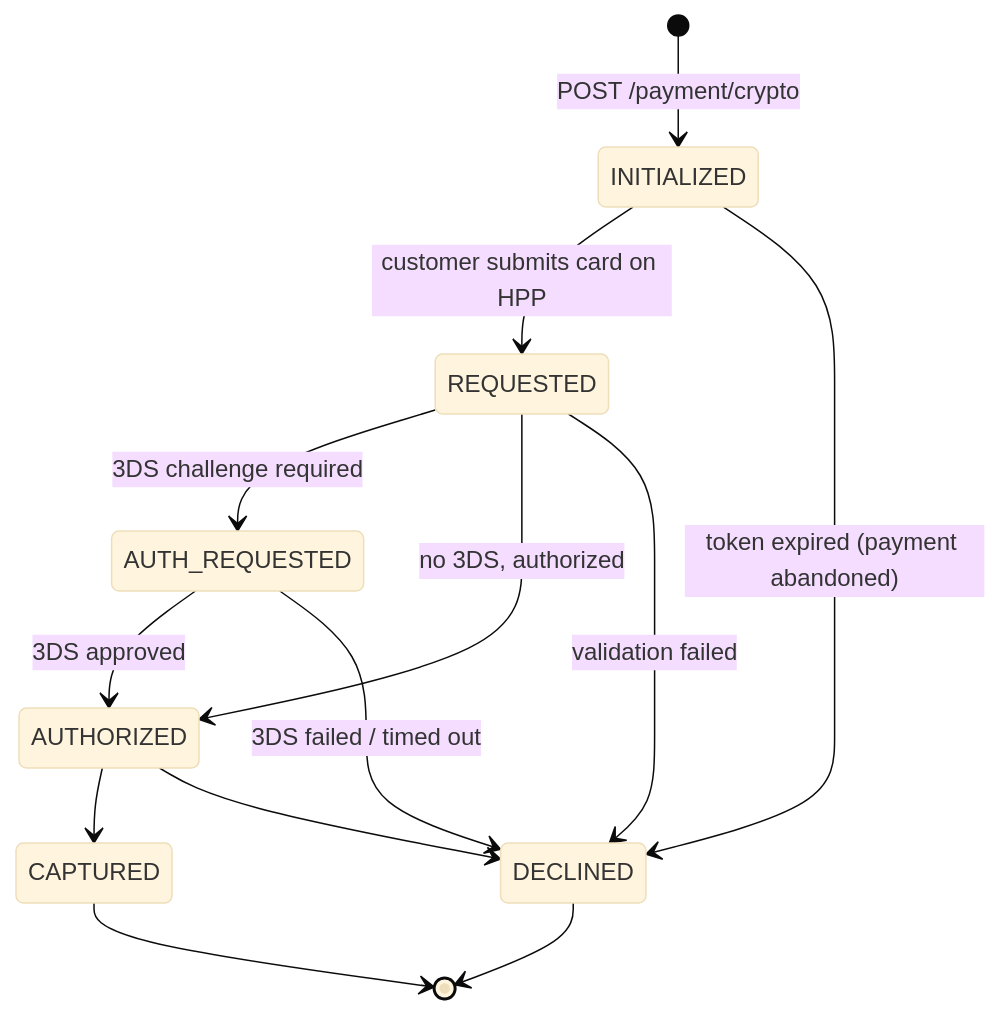
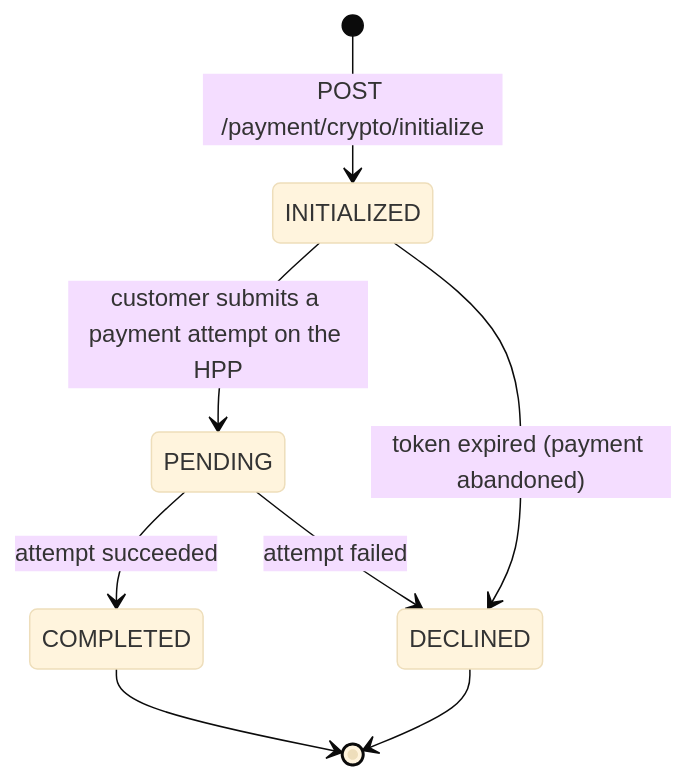
One commit to KumaaGroup/platform-merchant-api changed the second of 2 diagrams in docs/crypto-payments.md. Above: the diagram before and after it, drawn with Mermaid (base theme). The commit also changed other lines of this file and 9 other files, not shown here.

First line of the commit message:
Update docs for the initialize payment flow and deprecations (#13)

````diff
--- a/docs/crypto-payments.md
+++ b/docs/crypto-payments.md
@@ -151,15 +162,10 @@
 ```mermaid
 stateDiagram-v2
-    [*] --> INITIALIZED: POST /payment/crypto
-    INITIALIZED --> REQUESTED: customer submits card on HPP
+    [*] --> INITIALIZED: POST /payment/crypto/initialize
+    INITIALIZED --> PENDING: customer submits a payment attempt on the HPP
     INITIALIZED --> DECLINED: token expired (payment abandoned)
-    REQUESTED --> AUTH_REQUESTED: 3DS challenge required
-    REQUESTED --> AUTHORIZED: no 3DS, authorized
-    REQUESTED --> DECLINED: validation failed
-    AUTH_REQUESTED --> AUTHORIZED: 3DS approved
-    AUTH_REQUESTED --> DECLINED: 3DS failed / timed out
-    AUTHORIZED --> CAPTURED
-    AUTHORIZED --> DECLINED
-    CAPTURED --> [*]
+    PENDING --> COMPLETED: attempt succeeded
+    PENDING --> DECLINED: attempt failed
+    COMPLETED --> [*]
     DECLINED --> [*]
 ```
````
